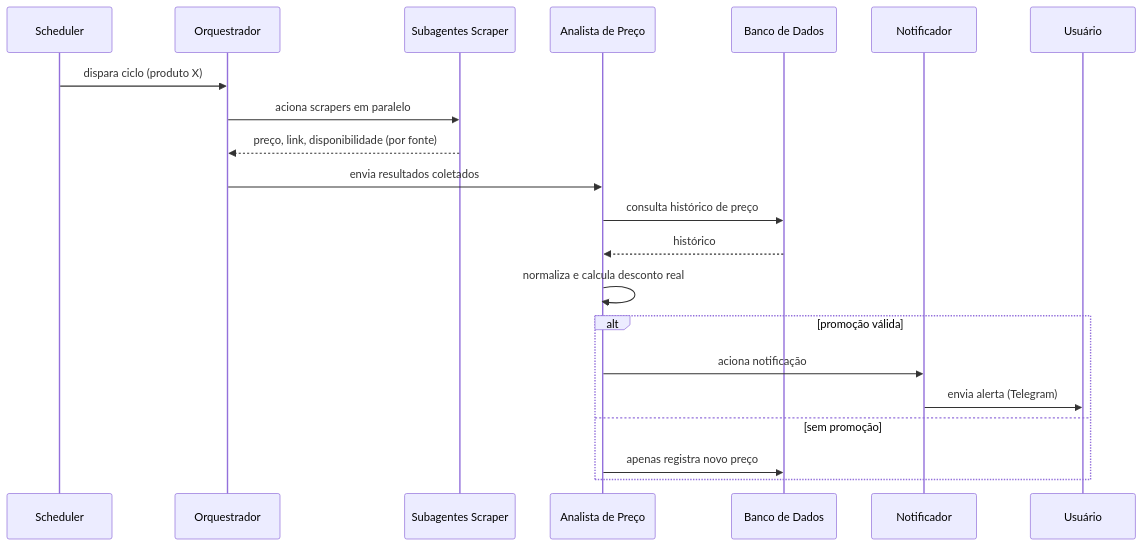
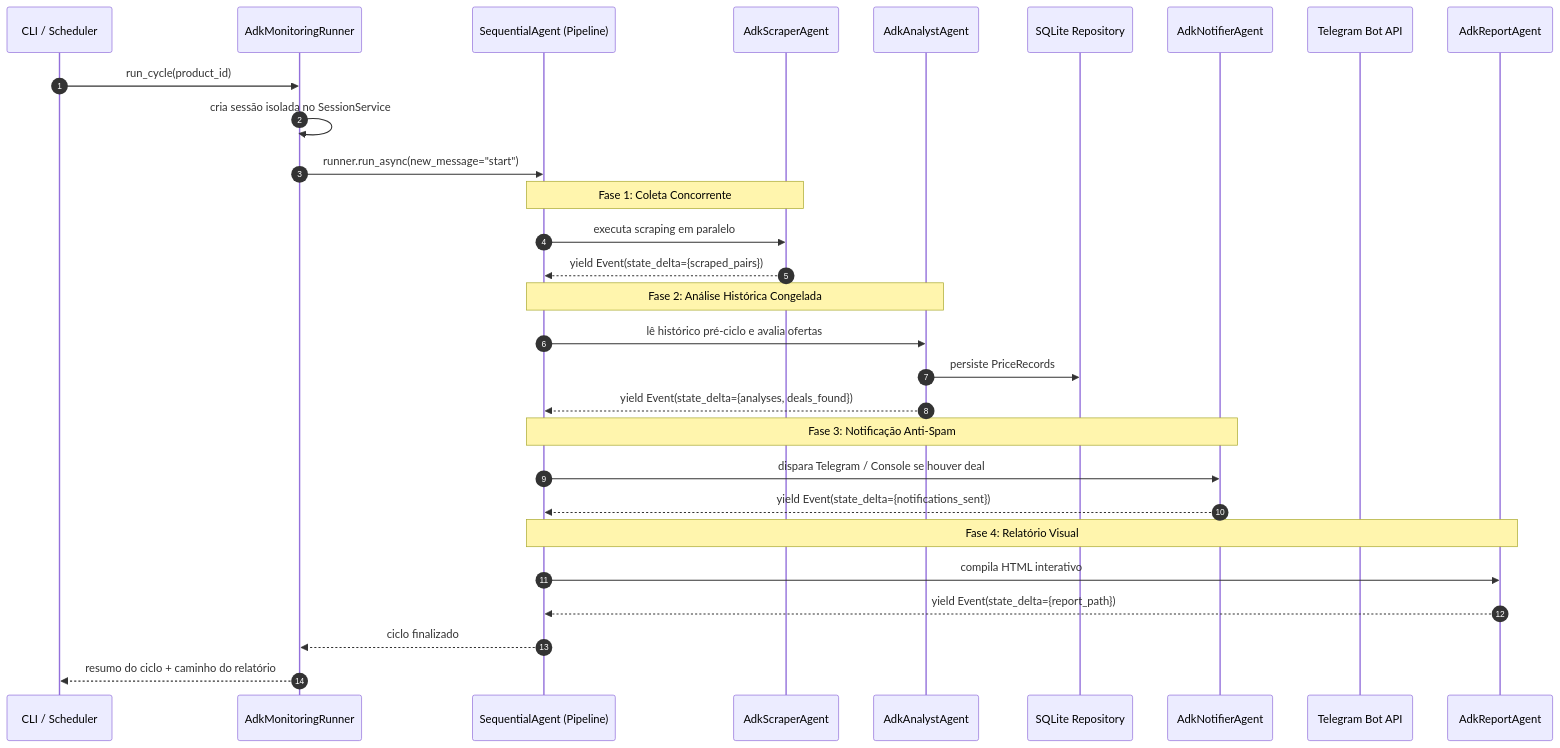
One commit to hlaff147/price-scout-agent changed the second of 2 diagrams in README.md. Above: the diagram before and after it, drawn with Mermaid. The commit also changed other lines of this file and 4 other files, not shown here.

````diff
--- a/README.md
+++ b/README.md
@@ -81,24 +96,37 @@
 ```mermaid
 sequenceDiagram
-    participant S as Scheduler
-    participant O as Orquestrador
-    participant SA as Subagentes Scraper
-    participant AN as Analista de Preço
-    participant DB as Banco de Dados
-    participant NT as Notificador
-    participant U as Usuário
+    autonumber
+    participant CLI as CLI / Scheduler
+    participant Runner as AdkMonitoringRunner
+    participant ADK as SequentialAgent (Pipeline)
+    participant Scraper as AdkScraperAgent
+    participant Analyst as AdkAnalystAgent
+    participant DB as SQLite Repository
+    participant Notif as AdkNotifierAgent
+    participant TG as Telegram Bot API
+    participant Report as AdkReportAgent
 
-    S->>O: dispara ciclo (produto X)
-    O->>SA: aciona scrapers em paralelo
-    SA-->>O: preço, link, disponibilidade (por fonte)
-    O->>AN: envia resultados coletados
-    AN->>DB: consulta histórico de preço
-    DB-->>AN: histórico
-    AN->>AN: normaliza e calcula desconto real
-    alt promoção válida
-        AN->>NT: aciona notificação
-        NT->>U: envia alerta (Telegram)
-    else sem promoção
-        AN->>DB: apenas registra novo preço
-    end
+    CLI->>Runner: run_cycle(product_id)
+    Runner->>Runner: cria sessão isolada no SessionService
+    Runner->>ADK: runner.run_async(new_message="start")
+    
+    Note over ADK,Scraper: Fase 1: Coleta Concorrente
+    ADK->>Scraper: executa scraping em paralelo
+    Scraper-->>ADK: yield Event(state_delta={scraped_pairs})
+
+    Note over ADK,Analyst: Fase 2: Análise Histórica Congelada
+    ADK->>Analyst: lê histórico pré-ciclo e avalia ofertas
+    Analyst->>DB: persiste PriceRecords
+    Analyst-->>ADK: yield Event(state_delta={analyses, deals_found})
+
+    Note over ADK,Notif: Fase 3: Notificação Anti-Spam
+    ADK->>Notif: dispara Telegram / Console se houver deal
+    Notif-->>ADK: yield Event(state_delta={notifications_sent})
+
+    Note over ADK,Report: Fase 4: Relatório Visual
+    ADK->>Report: compila HTML interativo
+    Report-->>ADK: yield Event(state_delta={report_path})
+
+    ADK-->>Runner: ciclo finalizado
+    Runner-->>CLI: resumo do ciclo + caminho do relatório
 ```
````
